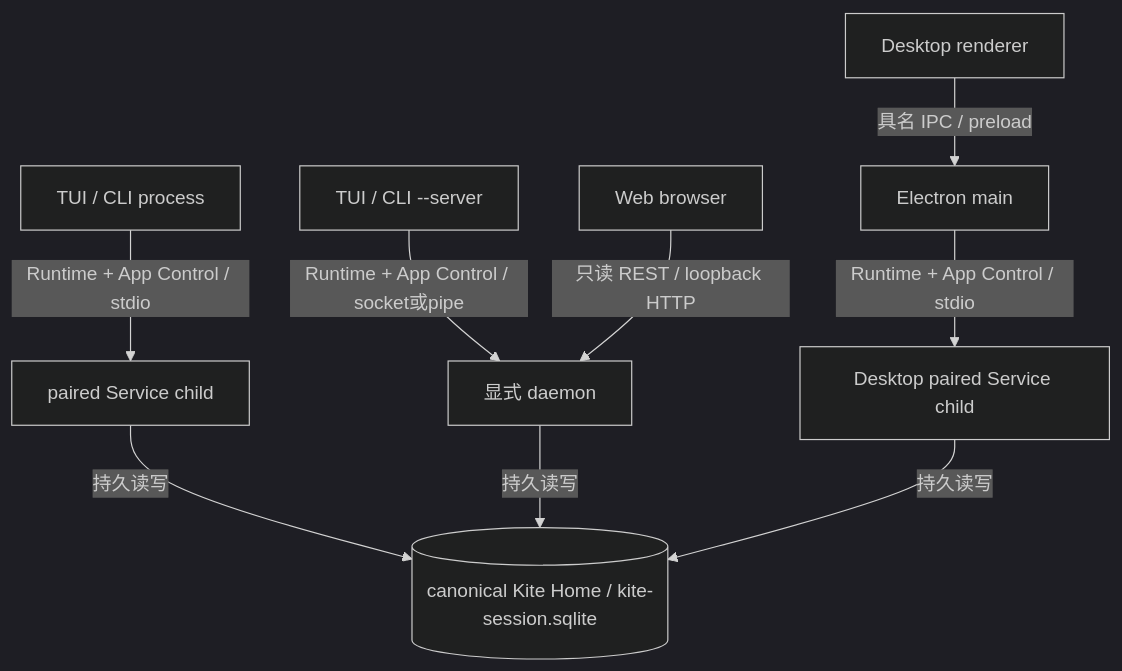
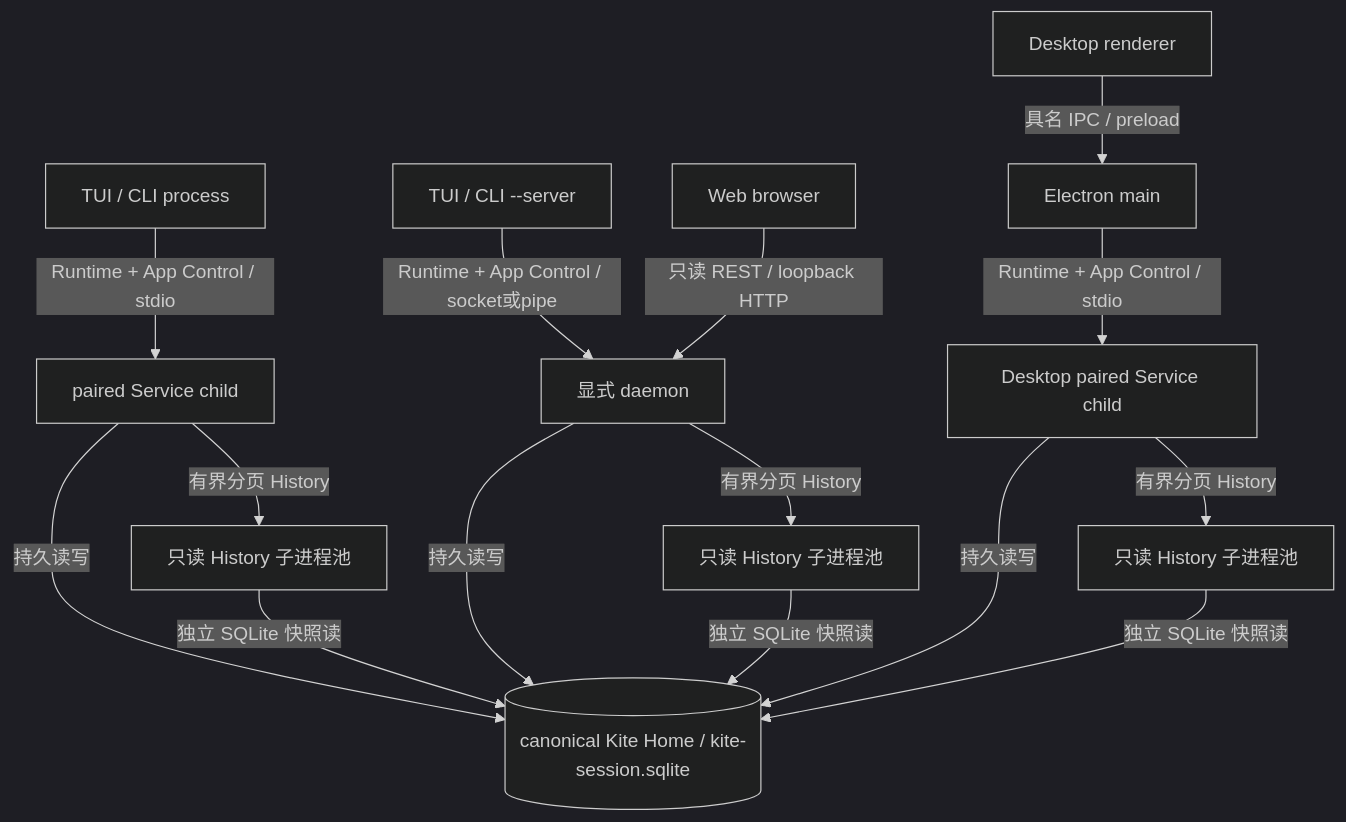
Before and after one commit to ferqx/kite-code: the diagram in docs/development/architecture/topology.md, drawn with Mermaid (dark theme). The commit also changed other lines of this file and 117 other files, not shown here.

````diff
--- a/docs/development/architecture/topology.md
+++ b/docs/development/architecture/topology.md
@@ -5,11 +5,17 @@
 ```mermaid
 flowchart TD
   T[TUI / CLI process] -->|Runtime + App Control / stdio| C[paired Service child]
   E[TUI / CLI --server] -->|Runtime + App Control / socket或pipe| D[显式 daemon]
   W[Web browser] -->|只读 REST / loopback HTTP| D
   R[Desktop renderer] -->|具名 IPC / preload| M[Electron main]
   M -->|Runtime + App Control / stdio| X[Desktop paired Service child]
   C -->|持久读写| S[(canonical Kite Home / kite-session.sqlite)]
   D -->|持久读写| S
   X -->|持久读写| S
+  C -->|有界分页 History| HC[只读 History 子进程池]
+  D -->|有界分页 History| HD[只读 History 子进程池]
+  X -->|有界分页 History| HX[只读 History 子进程池]
+  HC -->|独立 SQLite 快照读| S
+  HD -->|独立 SQLite 快照读| S
+  HX -->|独立 SQLite 快照读| S
 ```
````
